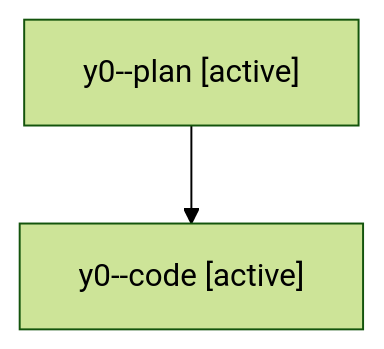
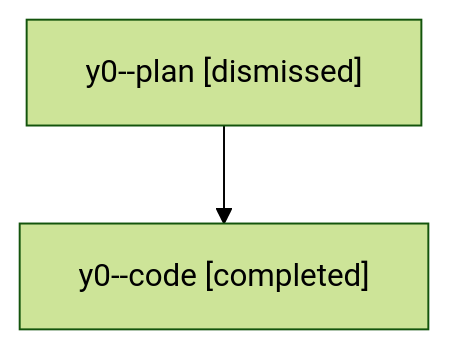
One commit to sase-org/sase--agents changed the diagram in families/bbugyi200.athena.y0.md. Above: the diagram before and after it, drawn with Mermaid (forest theme). The commit also changed other lines of this file and 1973 other files, not shown here.

````diff
--- a/families/bbugyi200.athena.y0.md
+++ b/families/bbugyi200.athena.y0.md
@@ -9,6 +9,6 @@
 ```mermaid
 flowchart TD
-  n0["y0--plan [active]"]
-  n1["y0--code [active]"]
+  n0["y0--plan [dismissed]"]
+  n1["y0--code [completed]"]
   n0 --> n1
 ```
````
